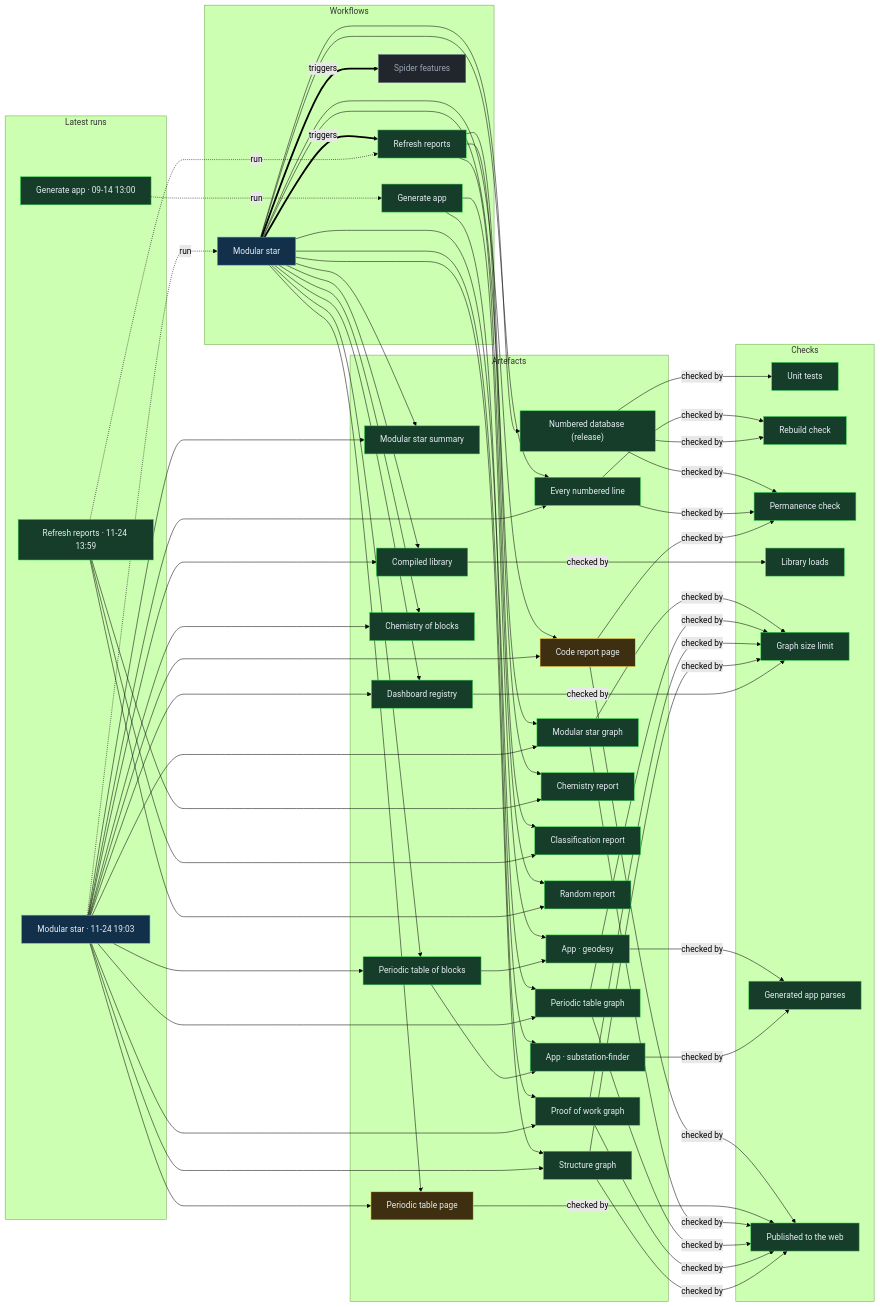
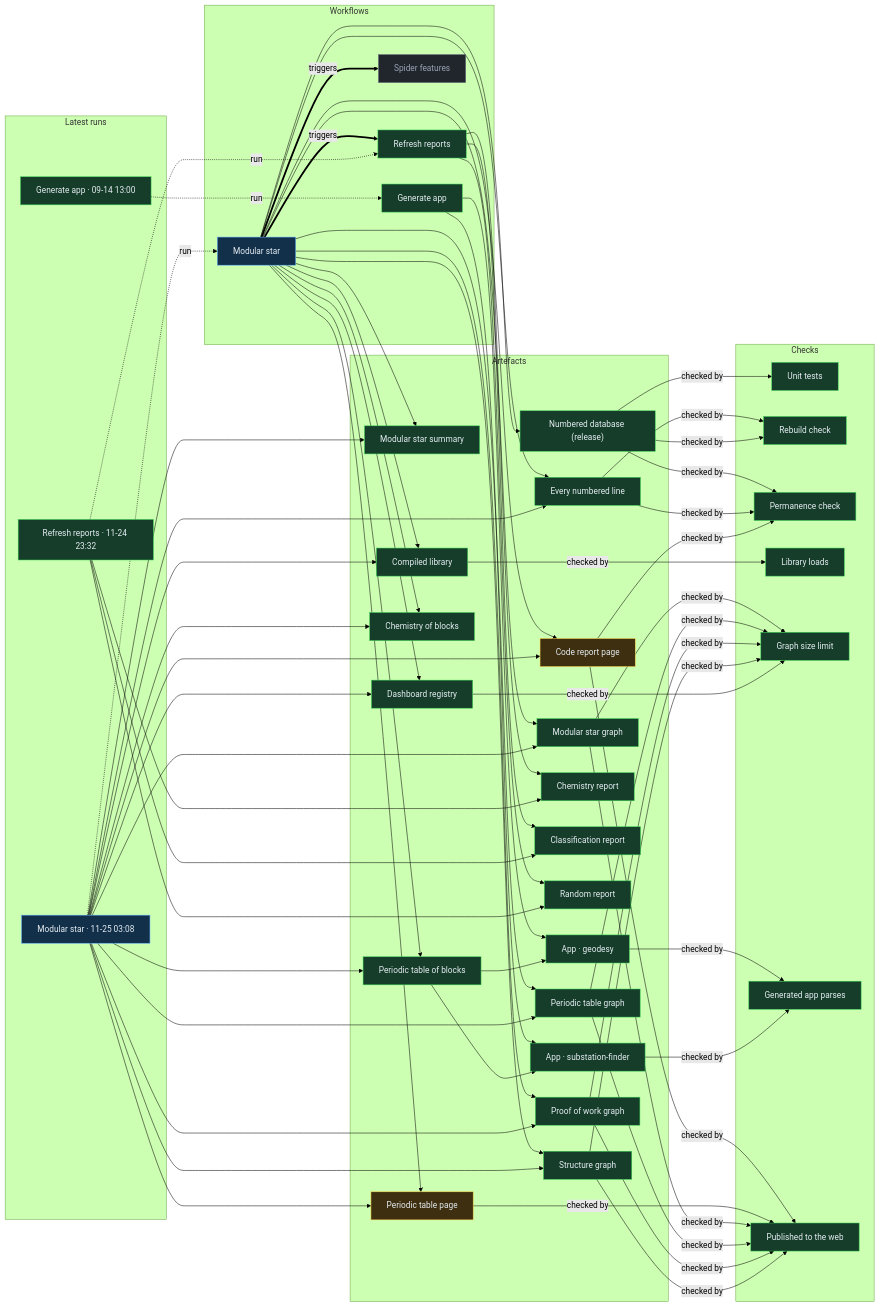
Before and after one commit to Ventusltd/stars: the diagram in proof/PROOF.md, drawn with Mermaid (forest theme). The commit also changed other lines of this file and 204 other files, not shown here.

Commit message:
Modular star 2026-11-25T03:11Z

```diff
--- a/proof/PROOF.md
+++ b/proof/PROOF.md
@@ -24,8 +24,8 @@
   n_wf_spider_features["Spider features"]:::off
   end
   subgraph g_runs["Latest runs"]
-  n_run_45466142820["Modular star · 11-24 19:03"]:::live
-  n_run_45409191700["Refresh reports · 11-24 13:59"]:::ok
+  n_run_45537899752["Modular star · 11-25 03:08"]:::live
+  n_run_45510875578["Refresh reports · 11-24 23:32"]:::ok
   n_run_34846587798["Generate app · 09-14 13:00"]:::ok
   end
   subgraph g_artefacts["Artefacts"]
@@ -59,39 +59,39 @@
   end
   n_wf_modular_star == triggers ==> n_wf_refresh
   n_wf_modular_star == triggers ==> n_wf_spider_features
-  n_run_45466142820 -. run .-> n_wf_modular_star
-  n_run_45409191700 -. run .-> n_wf_refresh
+  n_run_45537899752 -. run .-> n_wf_modular_star
+  n_run_45510875578 -. run .-> n_wf_refresh
   n_run_34846587798 -. run .-> n_wf_generate
   n_wf_modular_star --> n_art_summary
-  n_run_45466142820 --> n_art_summary
+  n_run_45537899752 --> n_art_summary
   n_wf_modular_star --> n_art_lines
-  n_run_45466142820 --> n_art_lines
+  n_run_45537899752 --> n_art_lines
   n_wf_modular_star --> n_art_code
-  n_run_45466142820 --> n_art_code
+  n_run_45537899752 --> n_art_code
   n_wf_modular_star --> n_art_modular_graph
-  n_run_45466142820 --> n_art_modular_graph
+  n_run_45537899752 --> n_art_modular_graph
   n_wf_modular_star --> n_art_blocks
-  n_run_45466142820 --> n_art_blocks
+  n_run_45537899752 --> n_art_blocks
   n_wf_modular_star --> n_art_table
-  n_run_45466142820 --> n_art_table
+  n_run_45537899752 --> n_art_table
   n_wf_modular_star --> n_art_blocks_graph
-  n_run_45466142820 --> n_art_blocks_graph
+  n_run_45537899752 --> n_art_blocks_graph
   n_wf_modular_star --> n_art_reactions
-  n_run_45466142820 --> n_art_reactions
+  n_run_45537899752 --> n_art_reactions
   n_wf_modular_star --> n_art_library
-  n_run_45466142820 --> n_art_library
+  n_run_45537899752 --> n_art_library
   n_wf_modular_star --> n_art_features
-  n_run_45466142820 --> n_art_features
+  n_run_45537899752 --> n_art_features
   n_wf_modular_star --> n_art_proof
-  n_run_45466142820 --> n_art_proof
+  n_run_45537899752 --> n_art_proof
   n_wf_modular_star --> n_art_structure
-  n_run_45466142820 --> n_art_structure
+  n_run_45537899752 --> n_art_structure
   n_wf_refresh --> n_art_chemistry
-  n_run_45409191700 --> n_art_chemistry
+  n_run_45510875578 --> n_art_chemistry
   n_wf_refresh --> n_art_vedic
-  n_run_45409191700 --> n_art_vedic
+  n_run_45510875578 --> n_art_vedic
   n_wf_refresh --> n_art_random
-  n_run_45409191700 --> n_art_random
+  n_run_45510875578 --> n_art_random
   n_wf_modular_star --> n_art_release
   n_wf_generate --> n_app_geodesy
   n_art_blocks --> n_app_geodesy
```
